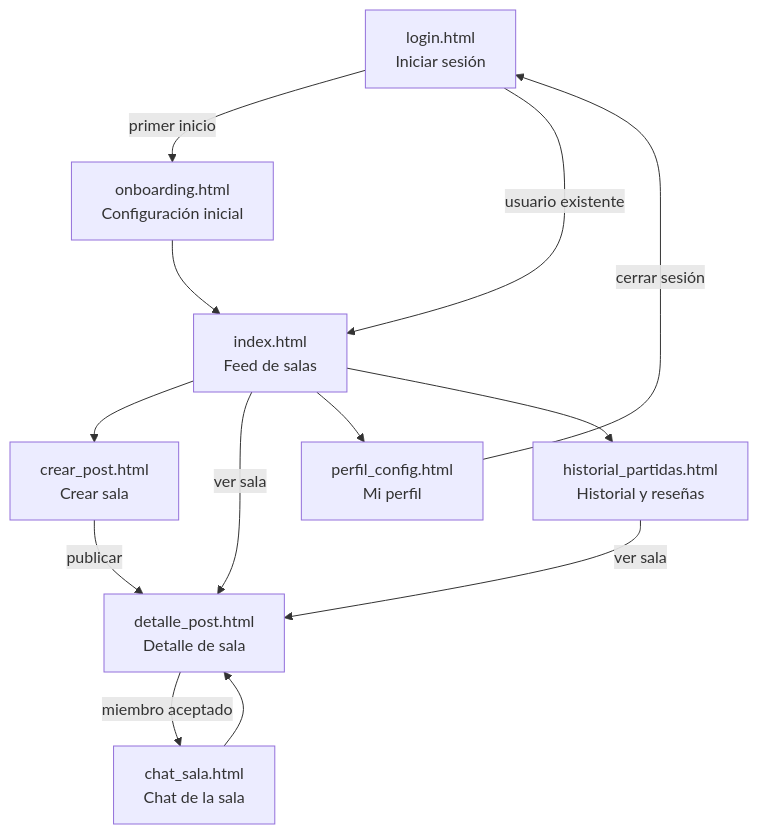
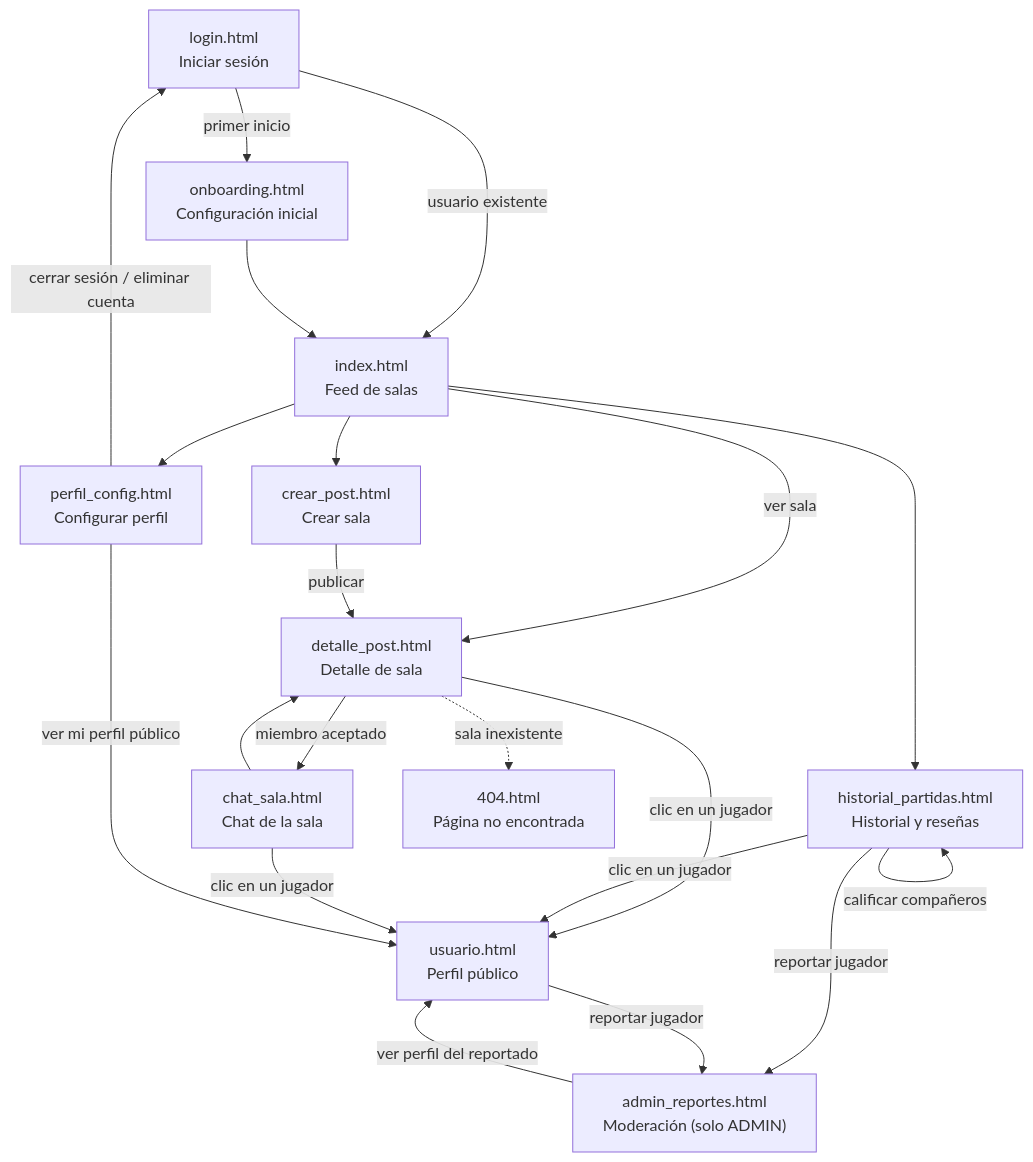
One commit to Yukim19/squadfinder-lfg changed the second of 2 diagrams in docs/fase1_planificacion.md. Above: the diagram before and after it, drawn with Mermaid. The commit also changed other lines of this file and 2 other files, not shown here.

````diff
--- a/docs/fase1_planificacion.md
+++ b/docs/fase1_planificacion.md
@@ -121,24 +123,35 @@
 ```mermaid
 flowchart TD
     LOGIN["login.html<br/>Iniciar sesión"]
     ONB["onboarding.html<br/>Configuración inicial"]
     INDEX["index.html<br/>Feed de salas"]
     CREAR["crear_post.html<br/>Crear sala"]
     DET["detalle_post.html<br/>Detalle de sala"]
     CHAT["chat_sala.html<br/>Chat de la sala"]
-    PERFIL["perfil_config.html<br/>Mi perfil"]
+    PERFIL["perfil_config.html<br/>Configurar perfil"]
     HIST["historial_partidas.html<br/>Historial y reseñas"]
+    USR["usuario.html<br/>Perfil público"]
+    E404["404.html<br/>Página no encontrada"]
+    ADMIN["admin_reportes.html<br/>Moderación (solo ADMIN)"]
 
     LOGIN -- "primer inicio" --> ONB
     LOGIN -- "usuario existente" --> INDEX
     ONB --> INDEX
     INDEX --> CREAR
     INDEX -- "ver sala" --> DET
     CREAR -- "publicar" --> DET
     DET -- "miembro aceptado" --> CHAT
     CHAT --> DET
     INDEX --> PERFIL
     INDEX --> HIST
-    HIST -- "ver sala" --> DET
-    PERFIL -- "cerrar sesión" --> LOGIN
+    HIST -- "calificar compañeros" --> HIST
+    DET -- "clic en un jugador" --> USR
+    HIST -- "clic en un jugador" --> USR
+    CHAT -- "clic en un jugador" --> USR
+    PERFIL -- "ver mi perfil público" --> USR
+    PERFIL -- "cerrar sesión / eliminar cuenta" --> LOGIN
+    DET -. "sala inexistente" .-> E404
+    HIST -- "reportar jugador" --> ADMIN
+    USR -- "reportar jugador" --> ADMIN
+    ADMIN -- "ver perfil del reportado" --> USR
 ```
````
